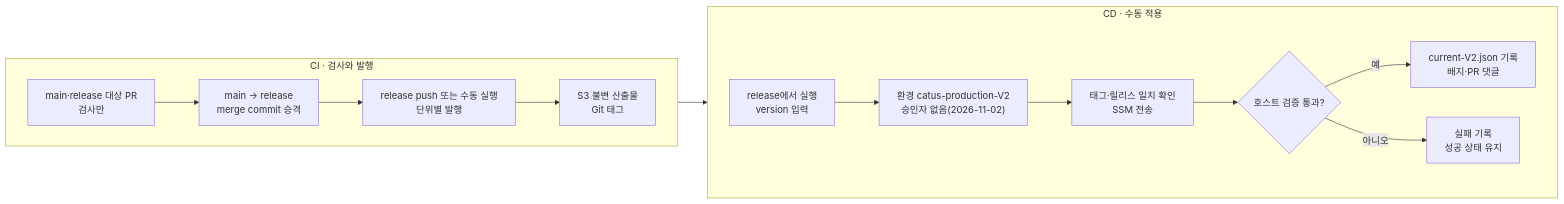
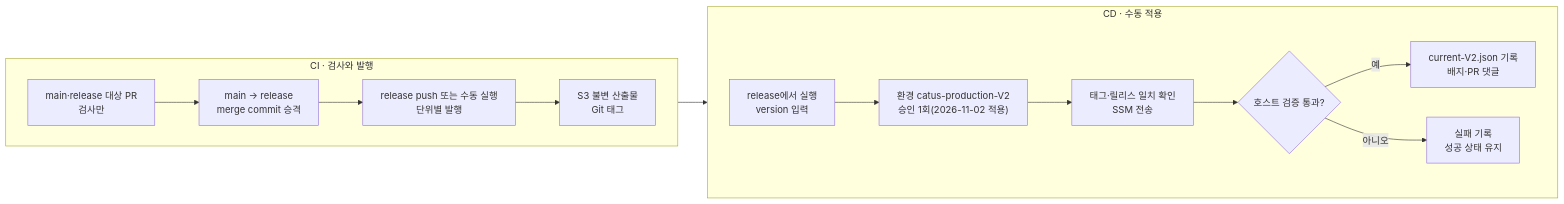
One commit to OneOrThree/phone changed the diagram in docs/engineering/prod-v2-pipeline.md. Above: the diagram before and after it, drawn with Mermaid. The commit also changed other lines of this file and 18 other files, not shown here.

````diff
--- a/docs/engineering/prod-v2-pipeline.md
+++ b/docs/engineering/prod-v2-pipeline.md
@@ -49,18 +49,18 @@
 ```mermaid
 flowchart LR
     subgraph CI["CI · 검사와 발행"]
         direction LR
         C1["main·release 대상 PR<br/>검사만"] --> C2["main → release<br/>merge commit 승격"]
         C2 --> C3["release push 또는 수동 실행<br/>단위별 발행"]
         C3 --> C4["S3 불변 산출물<br/>Git 태그"]
     end
     subgraph CD["CD · 수동 적용"]
         direction LR
-        D1["release에서 실행<br/>version 입력"] --> D2["환경 catus-production-V2<br/>승인자 없음(2026-11-02)"]
+        D1["release에서 실행<br/>version 입력"] --> D2["환경 catus-production-V2<br/>승인 1회(2026-11-02 적용)"]
         D2 --> D3["태그·릴리스 일치 확인<br/>SSM 전송"]
         D3 --> D4{"호스트 검증 통과?"}
         D4 -->|예| D5["current-V2.json 기록<br/>배지·PR 댓글"]
         D4 -->|아니오| D6["실패 기록<br/>성공 상태 유지"]
     end
     C4 --> D1
 ```
````
